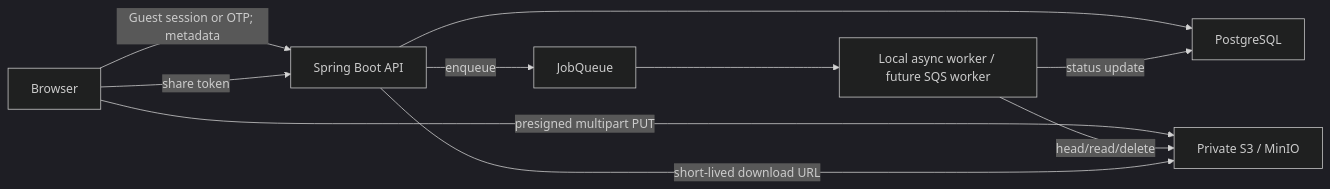
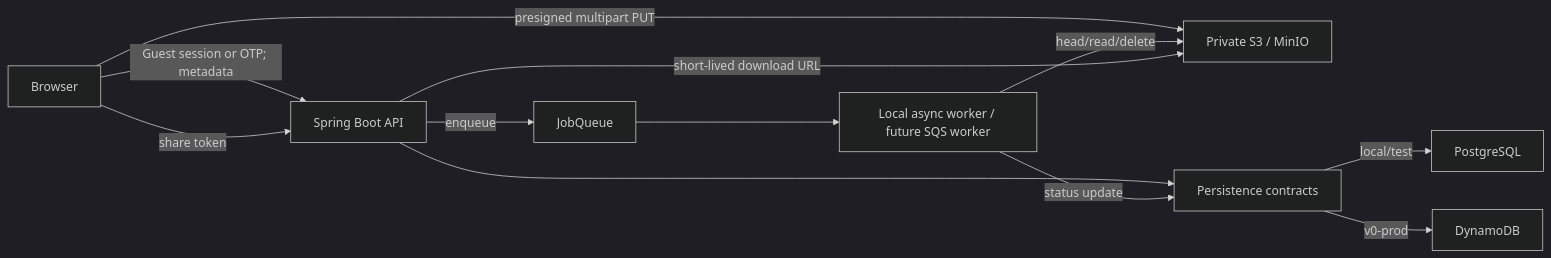
One commit to SimonVolman/fly-ae-platform changed the diagram in docs/architecture.md. Above: the diagram before and after it, drawn with Mermaid (dark theme). The commit also changed other lines of this file and 33 other files, not shown here.

Commit message:
Add PostgreSQL and DynamoDB persistence adapters

````diff
--- a/docs/architecture.md
+++ b/docs/architecture.md
@@ -17,12 +17,14 @@
 ```mermaid
 flowchart LR
     U["Browser"] -->|Guest session or OTP; metadata| API["Spring Boot API"]
     U -->|presigned multipart PUT| S3["Private S3 / MinIO"]
-    API --> DB["PostgreSQL"]
+    API --> P["Persistence contracts"]
+    P -->|local/test| PG["PostgreSQL"]
+    P -->|v0-prod| DDB["DynamoDB"]
     API -->|enqueue| Q["JobQueue"]
     Q --> W["Local async worker / future SQS worker"]
     W -->|head/read/delete| S3
-    W -->|status update| DB
+    W -->|status update| P
     U -->|share token| API
     API -->|short-lived download URL| S3
 ```
````
